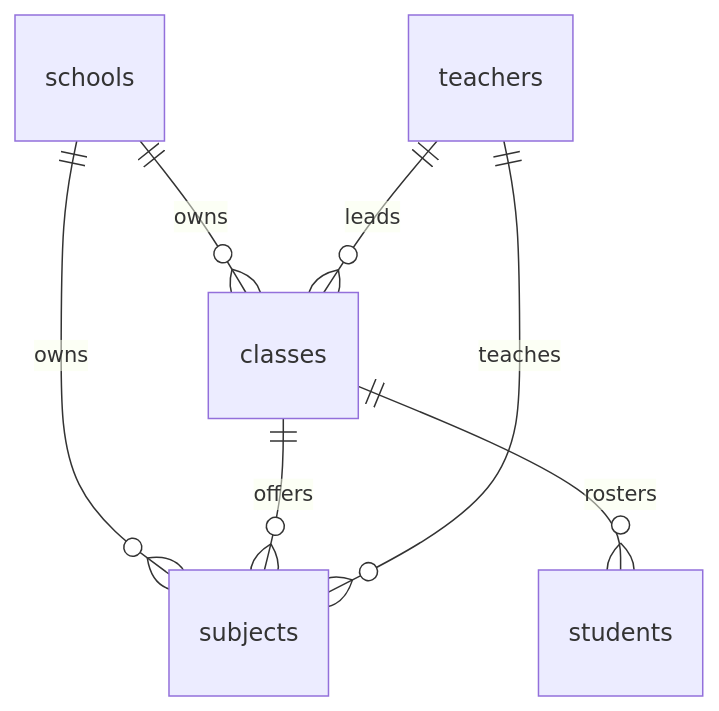
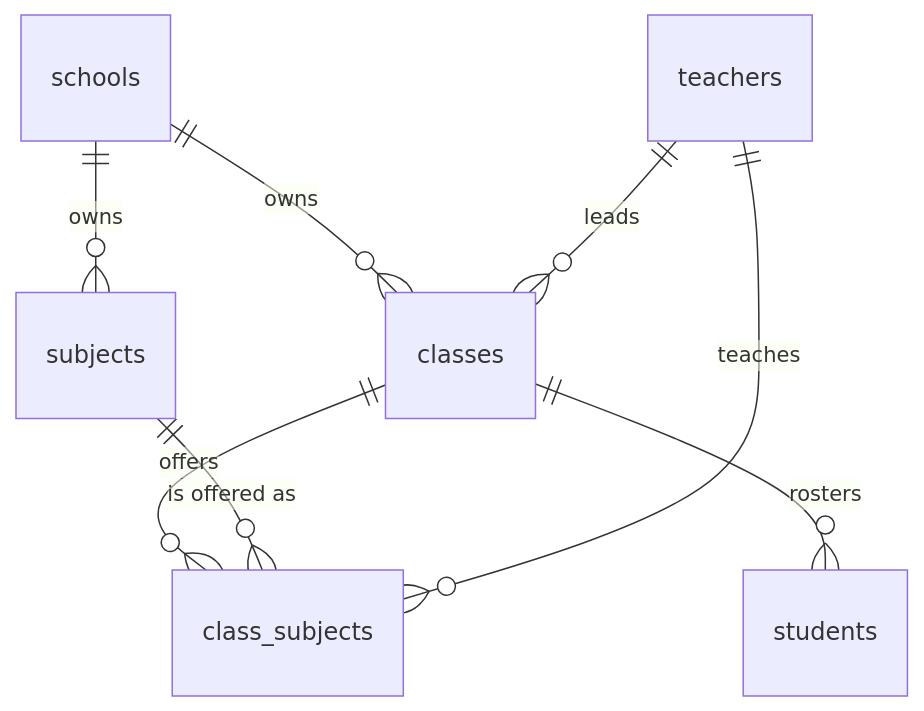
One commit to rahmat058/school-flow-ai changed diagram 12 of 48 in docs/backend/Database.md. Above: the diagram before and after it, drawn with Mermaid. The commit also changed other lines of this file and 26 other files, not shown here.

````diff
--- a/docs/backend/Database.md
+++ b/docs/backend/Database.md
@@ -577,9 +577,10 @@
 ```mermaid
 erDiagram
   schools ||--o{ classes : "owns"
   schools ||--o{ subjects : "owns"
   teachers ||--o{ classes : "leads"
-  classes ||--o{ subjects : "offers"
-  teachers ||--o{ subjects : "teaches"
+  classes ||--o{ class_subjects : "offers"
+  subjects ||--o{ class_subjects : "is offered as"
+  teachers ||--o{ class_subjects : "teaches"
   classes ||--o{ students : "rosters"
 ```
````
